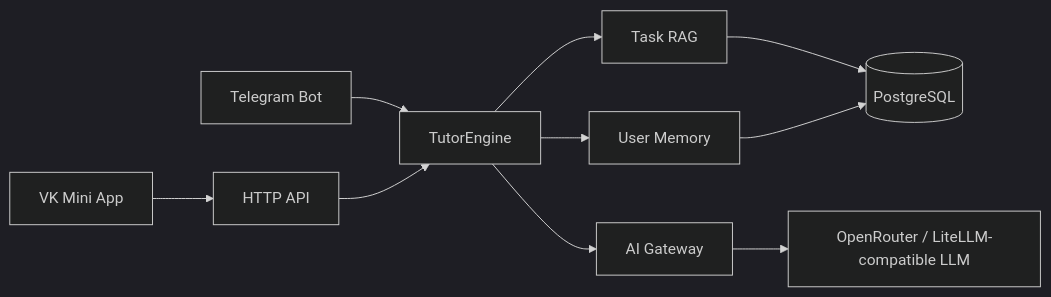
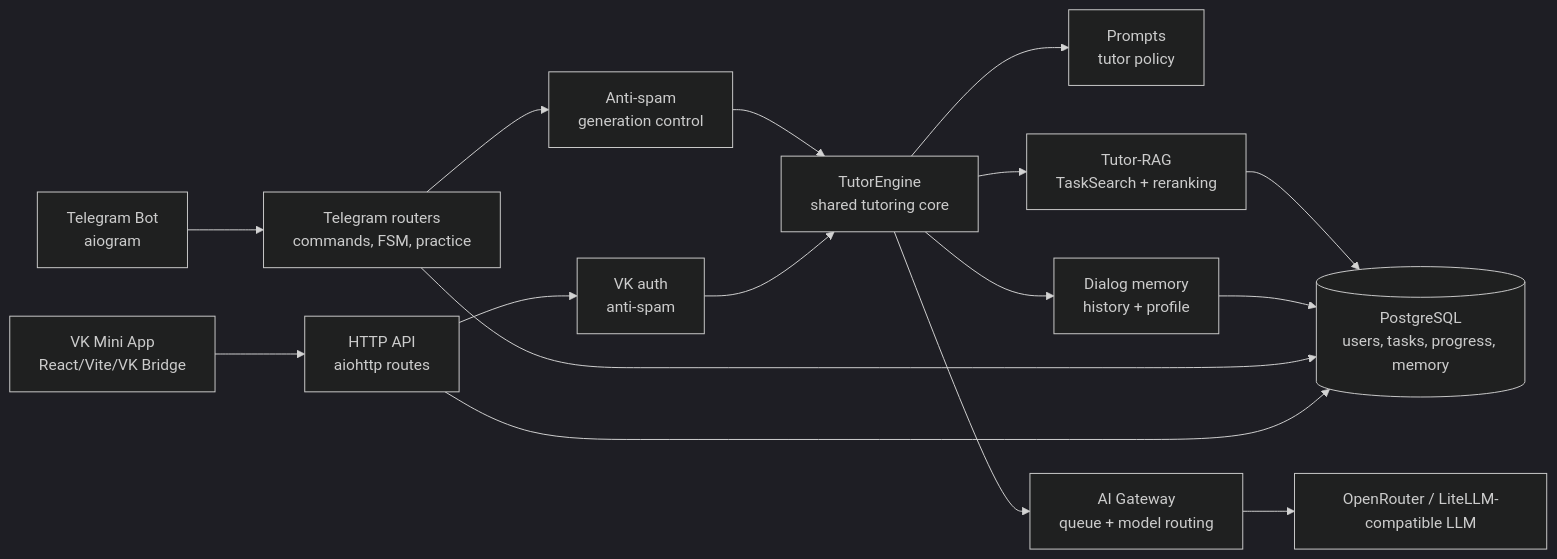
One commit to akiamuradev/evolution-tutor-bot changed the second of 2 diagrams in README.md. Above: the diagram before and after it, drawn with Mermaid (dark theme). The commit also changed other lines of this file, not shown here.

Commit message:
Align architecture diagrams in README

````diff
--- a/README.md
+++ b/README.md
@@ -361,12 +365,18 @@
 ```mermaid
 flowchart LR
-    TG["Telegram Bot"] --> TE["TutorEngine"]
-    VK["VK Mini App"] --> API["HTTP API"]
-    API --> TE
-    TE --> RAG["Task RAG"]
-    TE --> MEM["User Memory"]
-    RAG --> DB[(PostgreSQL)]
+    TG["Telegram Bot<br/>aiogram"] --> TR["Telegram routers<br/>commands, FSM, practice"]
+    VK["VK Mini App<br/>React/Vite/VK Bridge"] --> API["HTTP API<br/>aiohttp routes"]
+    TR --> GUARD["Anti-spam<br/>generation control"]
+    API --> AUTH["VK auth<br/>anti-spam"]
+    GUARD --> TE["TutorEngine<br/>shared tutoring core"]
+    AUTH --> TE
+    TE --> POLICY["Prompts<br/>tutor policy"]
+    TE --> MEM["Dialog memory<br/>history + profile"]
+    TE --> RAG["Tutor-RAG<br/>TaskSearch + reranking"]
+    TE --> AIG["AI Gateway<br/>queue + model routing"]
+    RAG --> DB[(PostgreSQL<br/>users, tasks, progress, memory)]
     MEM --> DB
-    TE --> AI["AI Gateway"]
-    AI --> LLM["OpenRouter / LiteLLM-compatible LLM"]
+    TR --> DB
+    API --> DB
+    AIG --> LLM["OpenRouter / LiteLLM-compatible LLM"]
 ```
````
